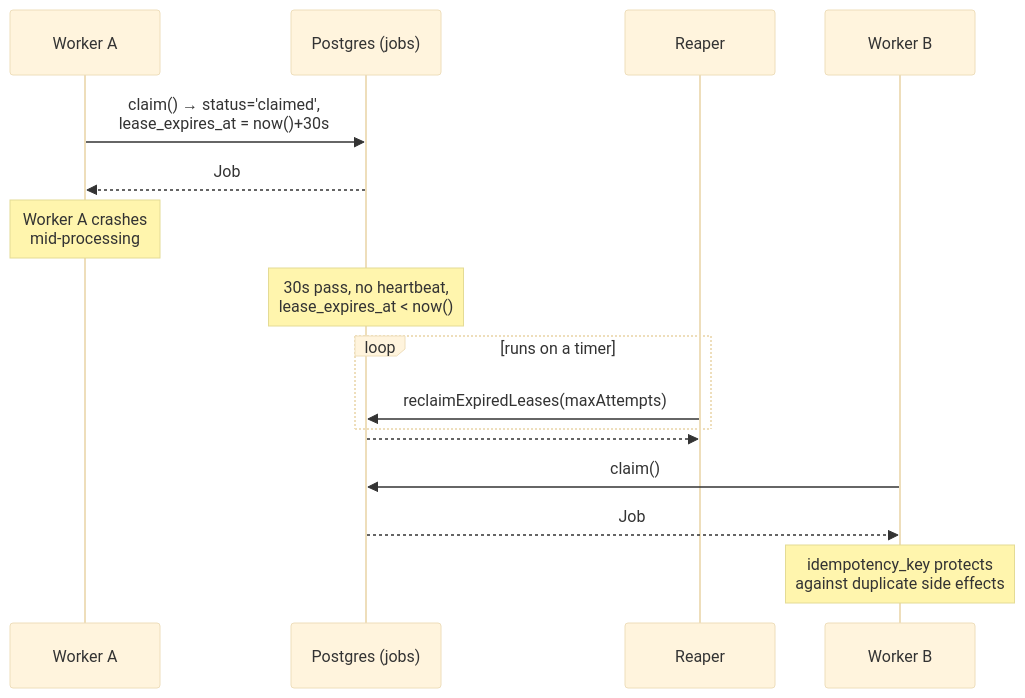
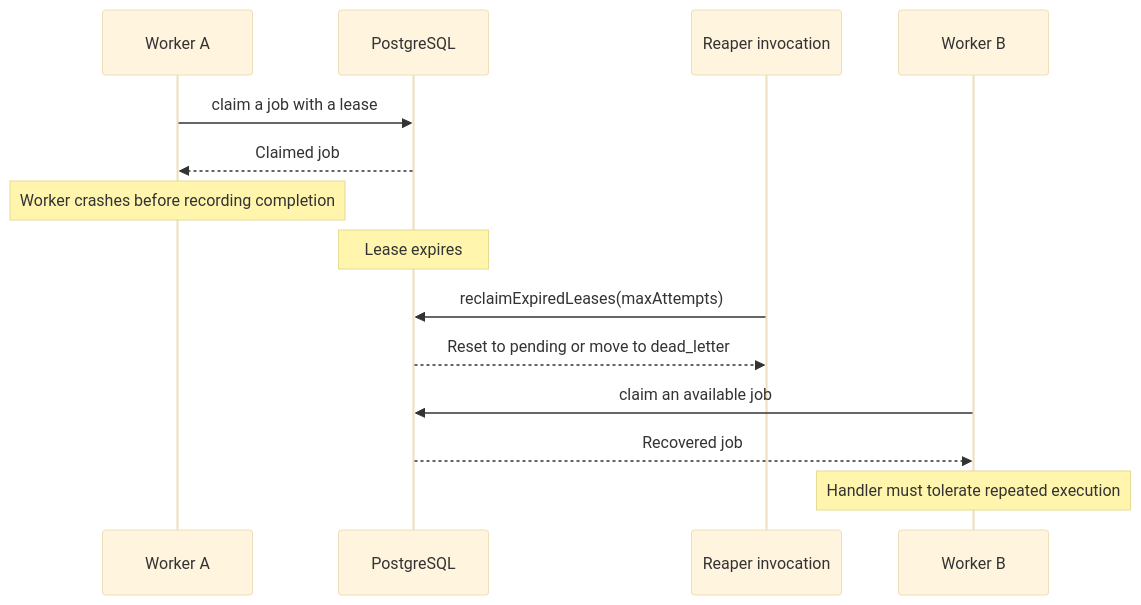
The third of 8 diagrams in README.md (amanxsays/Sluice), drawn with Mermaid (base theme) before and after one commit. The commit also changed other lines of this file and 41 other files, not shown here.

````diff
--- a/README.md
+++ b/README.md
@@ -165,23 +180,20 @@
 ```mermaid
 sequenceDiagram
     participant A as Worker A
-    participant DB as Postgres (jobs)
-    participant R as Reaper
+    participant DB as PostgreSQL
+    participant R as Reaper invocation
     participant B as Worker B
 
-    A->>DB: claim() → status='claimed',<br/>lease_expires_at = now()+30s
-    DB-->>A: Job #42
+    A->>DB: claim a job with a lease
+    DB-->>A: Claimed job
 
-    Note over A: Worker A crashes<br/>mid-processing
+    Note over A: Worker crashes before recording completion
+    Note over DB: Lease expires
 
-    Note over DB: 30s pass, no heartbeat,<br/>lease_expires_at < now()
+    R->>DB: reclaimExpiredLeases(maxAttempts)
+    DB-->>R: Reset to pending or move to dead_letter
 
-    loop runs on a timer
-        R->>DB: reclaimExpiredLeases(maxAttempts)
-    end
-    DB-->>R: #42 reset → status='pending',<br/>attempts += 1, claimed_by = NULL
-
-    B->>DB: claim()
-    DB-->>B: Job #42
-    Note over B: idempotency_key protects<br/>against duplicate side effects
+    B->>DB: claim an available job
+    DB-->>B: Recovered job
+    Note over B: Handler must tolerate repeated execution
 ```
````
